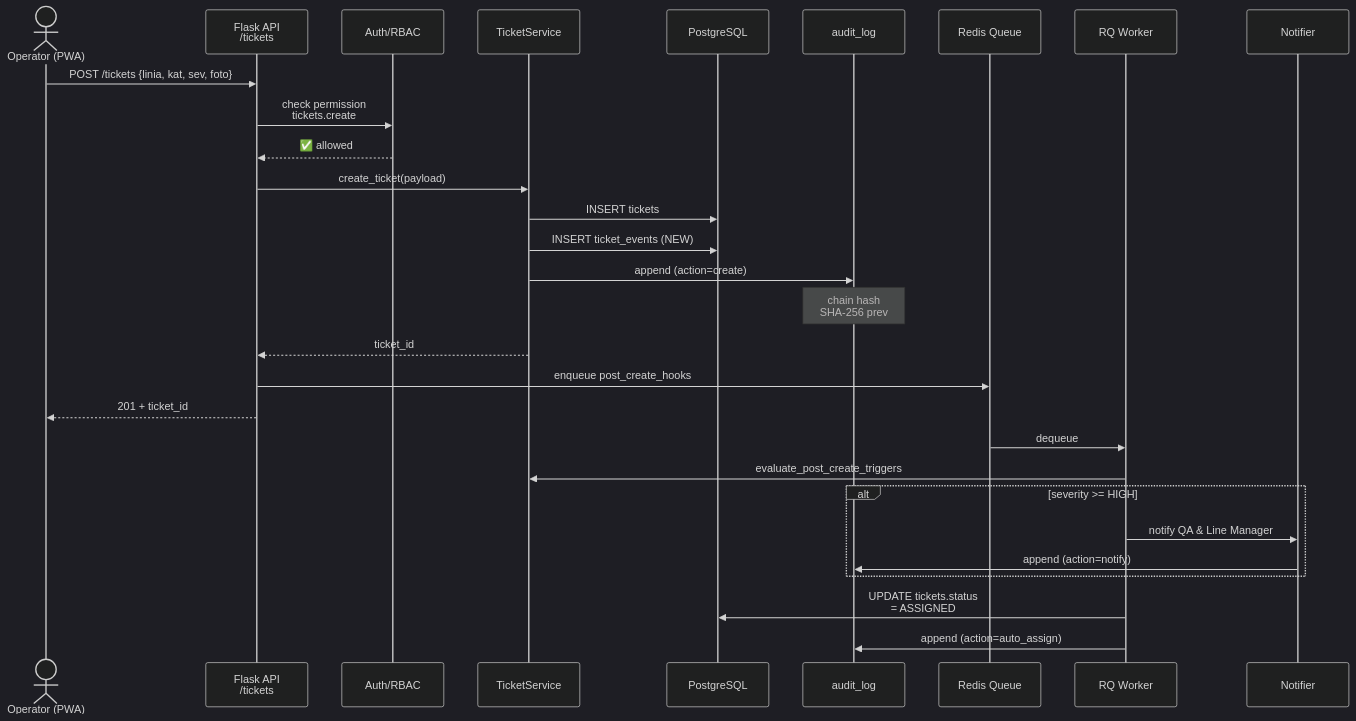
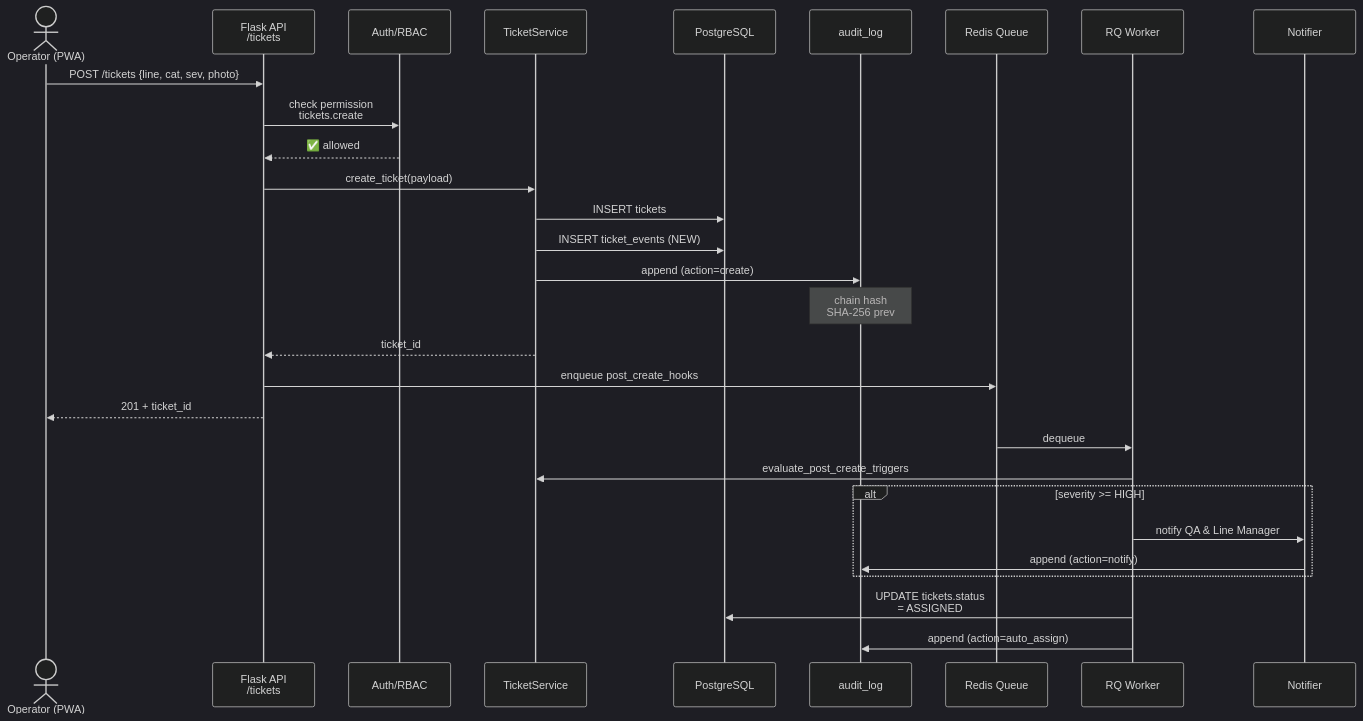
The second of 10 diagrams in 02-diagramy-architektury.md (AmigoUK/qms-bakery), drawn with Mermaid (dark theme) before and after one commit. The commit also changed other lines of this file and 1 other file, not shown here.

First line of the commit message:
Translate architecture docs (01-, 02-) from Polish to English

````diff
--- a/02-diagramy-architektury.md
+++ b/02-diagramy-architektury.md
@@ -116,33 +116,33 @@
 ```mermaid
 sequenceDiagram
     actor OP as Operator (PWA)
     participant API as Flask API<br/>/tickets
     participant AUTH as Auth/RBAC
     participant SVC as TicketService
     participant DB as PostgreSQL
     participant AUD as audit_log
     participant Q as Redis Queue
     participant W as RQ Worker
     participant N as Notifier
 
-    OP->>API: POST /tickets {linia, kat, sev, foto}
+    OP->>API: POST /tickets {line, cat, sev, photo}
     API->>AUTH: check permission<br/>tickets.create
     AUTH-->>API: ✅ allowed
     API->>SVC: create_ticket(payload)
     SVC->>DB: INSERT tickets
     SVC->>DB: INSERT ticket_events (NEW)
     SVC->>AUD: append (action=create)
     Note over AUD: chain hash<br/>SHA-256 prev
     SVC-->>API: ticket_id
     API->>Q: enqueue post_create_hooks
     API-->>OP: 201 + ticket_id
 
     Q->>W: dequeue
     W->>SVC: evaluate_post_create_triggers
     alt severity >= HIGH
         W->>N: notify QA & Line Manager
         N->>AUD: append (action=notify)
     end
     W->>DB: UPDATE tickets.status<br/>= ASSIGNED
     W->>AUD: append (action=auto_assign)
 ```
````
